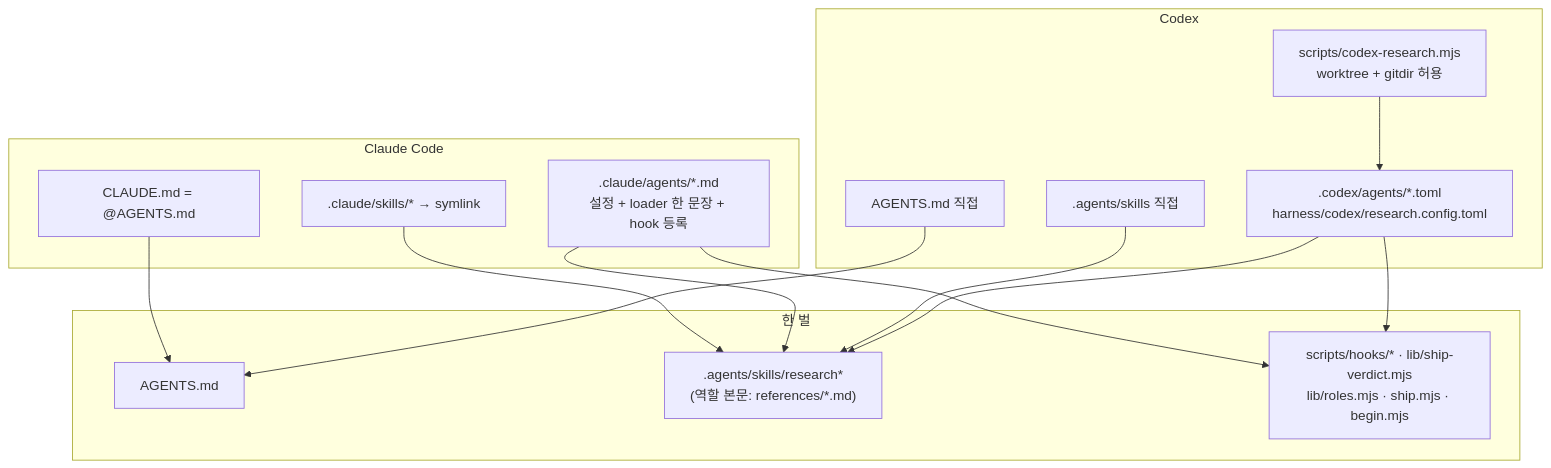
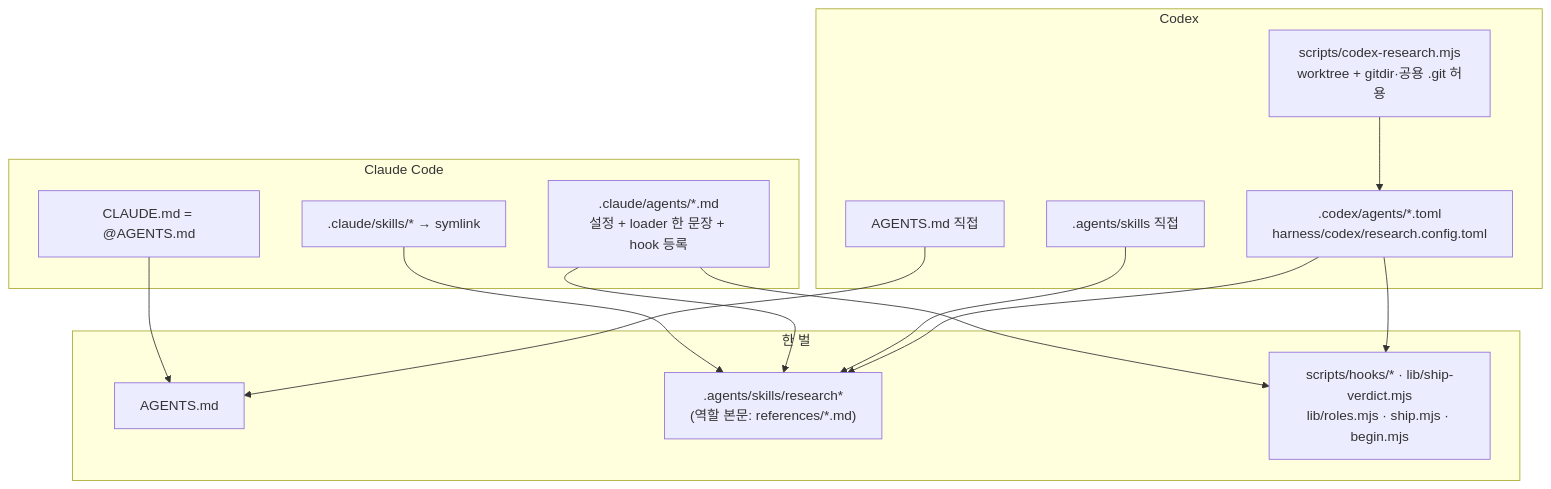
Before and after one commit to kywoo26/research-library: the diagram in docs/harness-parity.md, drawn with Mermaid. The commit also changed other lines of this file and 23 other files, not shown here.

````diff
--- a/docs/harness-parity.md
+++ b/docs/harness-parity.md
@@ -10,28 +10,28 @@
 ```mermaid
 flowchart TD
   subgraph 한 벌
     A["AGENTS.md"]
     K[".agents/skills/research*\n(역할 본문: references/*.md)"]
     P["scripts/hooks/* · lib/ship-verdict.mjs\nlib/roles.mjs · ship.mjs · begin.mjs"]
   end
   subgraph Claude Code
     C1["CLAUDE.md = @AGENTS.md"]
     C2[".claude/skills/* → symlink"]
     C3[".claude/agents/*.md\n설정 + loader 한 문장 + hook 등록"]
   end
   subgraph Codex
     X1["AGENTS.md 직접"]
     X2[".agents/skills 직접"]
     X3[".codex/agents/*.toml\nharness/codex/research.config.toml"]
-    X4["scripts/codex-research.mjs\nworktree + gitdir 허용"]
+    X4["scripts/codex-research.mjs\nworktree + gitdir·공용 .git 허용"]
   end
   C1 --> A
   C2 --> K
   C3 --> K
   C3 --> P
   X1 --> A
   X2 --> K
   X3 --> K
   X3 --> P
   X4 --> X3
 ```
````
